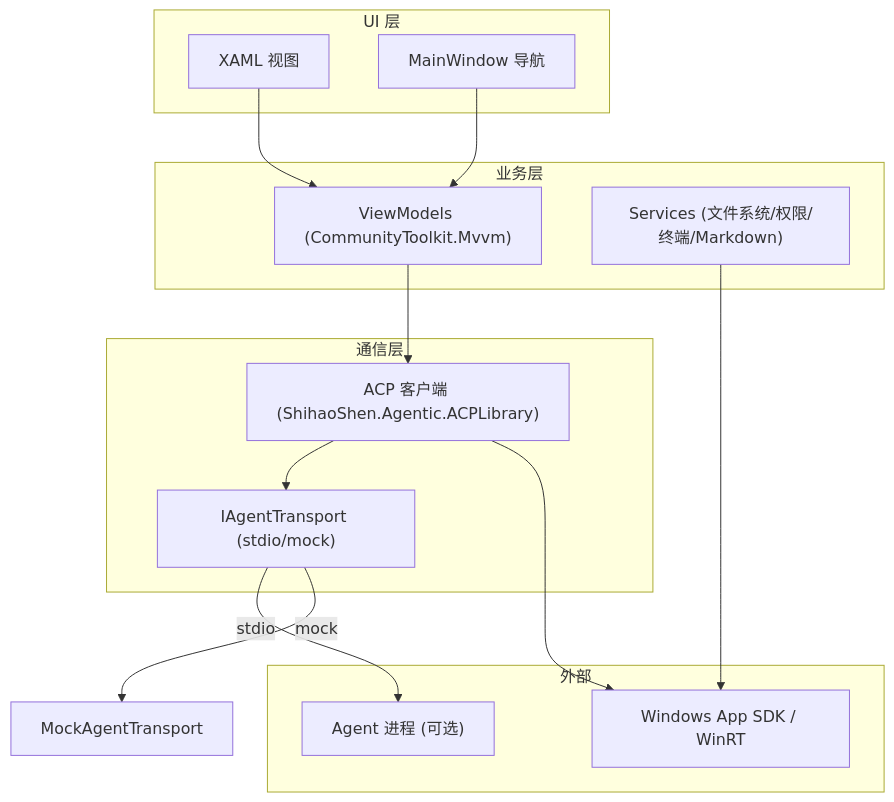
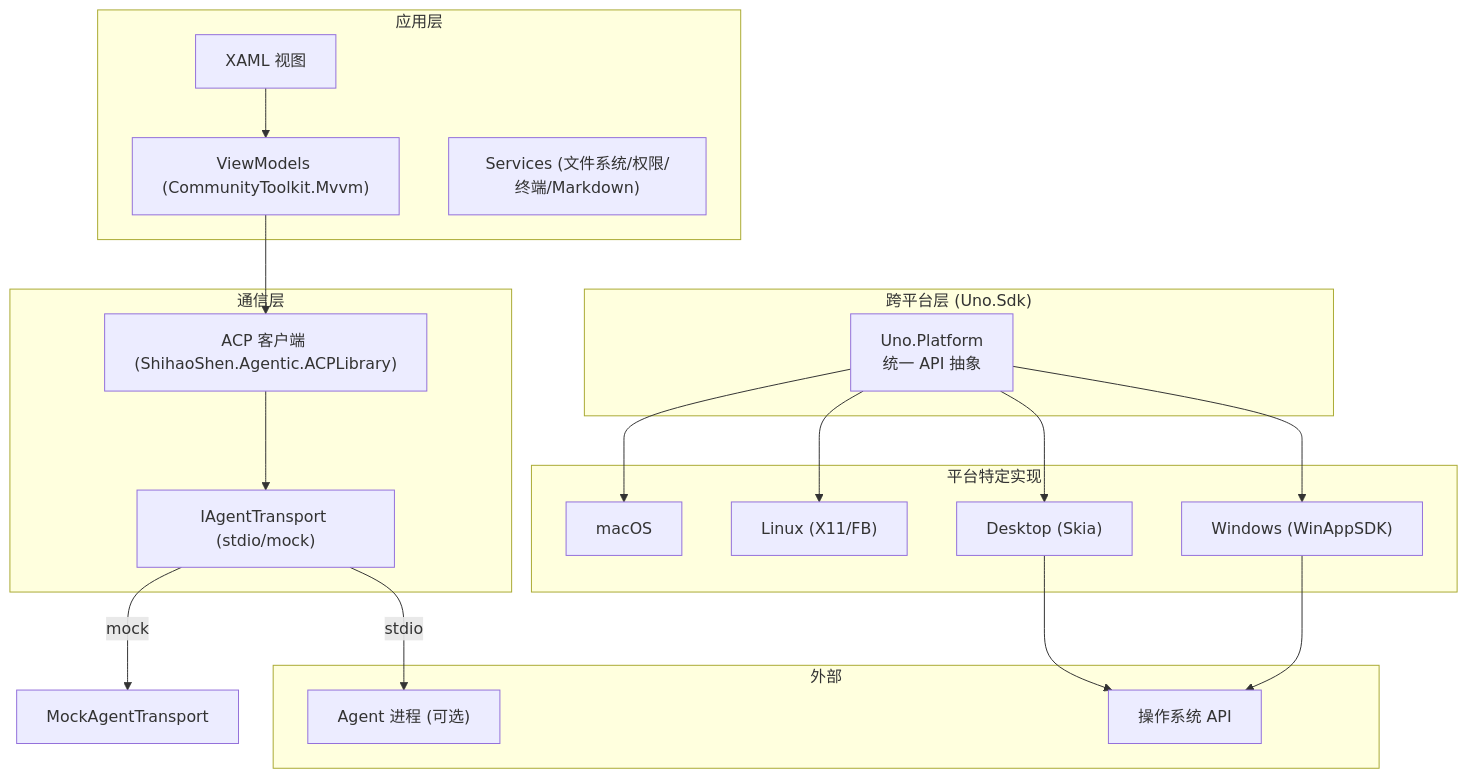
The second of 5 diagrams in .qoder/repowiki/zh/content/开发指南/环境搭建.md (AgenticDesktop/App), drawn with Mermaid before and after one commit. The commit also changed other lines of this file and 108 other files, not shown here.

First line of the commit message:
Add support for Uno Desktop and WinUI 3 build scripts

````diff
--- a/.qoder/repowiki/zh/content/开发指南/环境搭建.md
+++ b/.qoder/repowiki/zh/content/开发指南/环境搭建.md
@@ -99,27 +165,36 @@
 ```mermaid
 graph TB
-subgraph "UI 层"
+subgraph "跨平台层 (Uno.Sdk)"
+Uno["Uno.Platform<br/>统一 API 抽象"]
+end
+subgraph "平台特定实现"
+Windows["Windows (WinAppSDK)"]
+Desktop["Desktop (Skia)"]
+Linux["Linux (X11/FB)"]
+Mac["macOS"]
+end
+subgraph "应用层"
 XAML["XAML 视图"]
-Nav["MainWindow 导航"]
-end
-subgraph "业务层"
 VM["ViewModels (CommunityToolkit.Mvvm)"]
 Services["Services (文件系统/权限/终端/Markdown)"]
 end
 subgraph "通信层"
 ACP["ACP 客户端 (ShihaoShen.Agentic.ACPLibrary)"]
 Transport["IAgentTransport (stdio/mock)"]
 end
 subgraph "外部"
 Agent["Agent 进程 (可选)"]
-OS["Windows App SDK / WinRT"]
+OS["操作系统 API"]
 end
 XAML --> VM
-Nav --> VM
 VM --> ACP
 ACP --> Transport
 Transport --> |stdio| Agent
 Transport --> |mock| Mock["MockAgentTransport"]
-ACP --> OS
-Services --> OS
+Uno --> Windows
+Uno --> Desktop
+Uno --> Linux
+Uno --> Mac
+Windows --> OS
+Desktop --> OS
 ```
````
